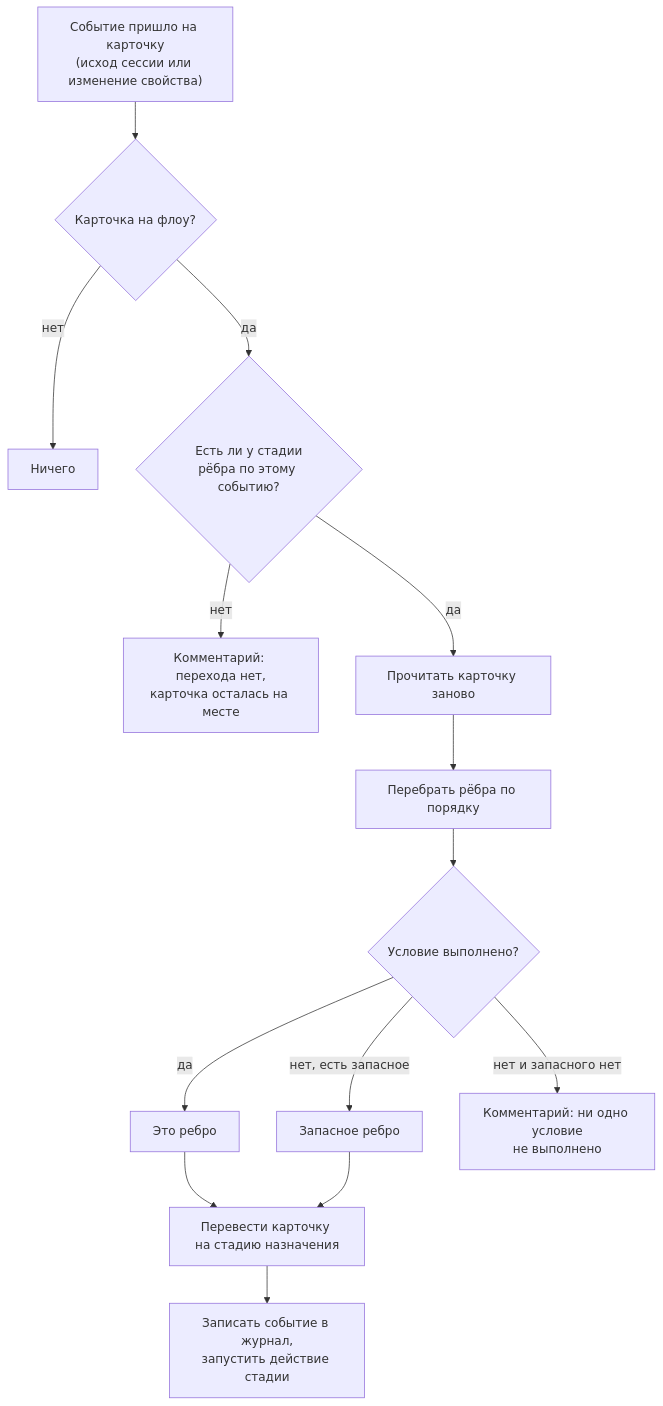
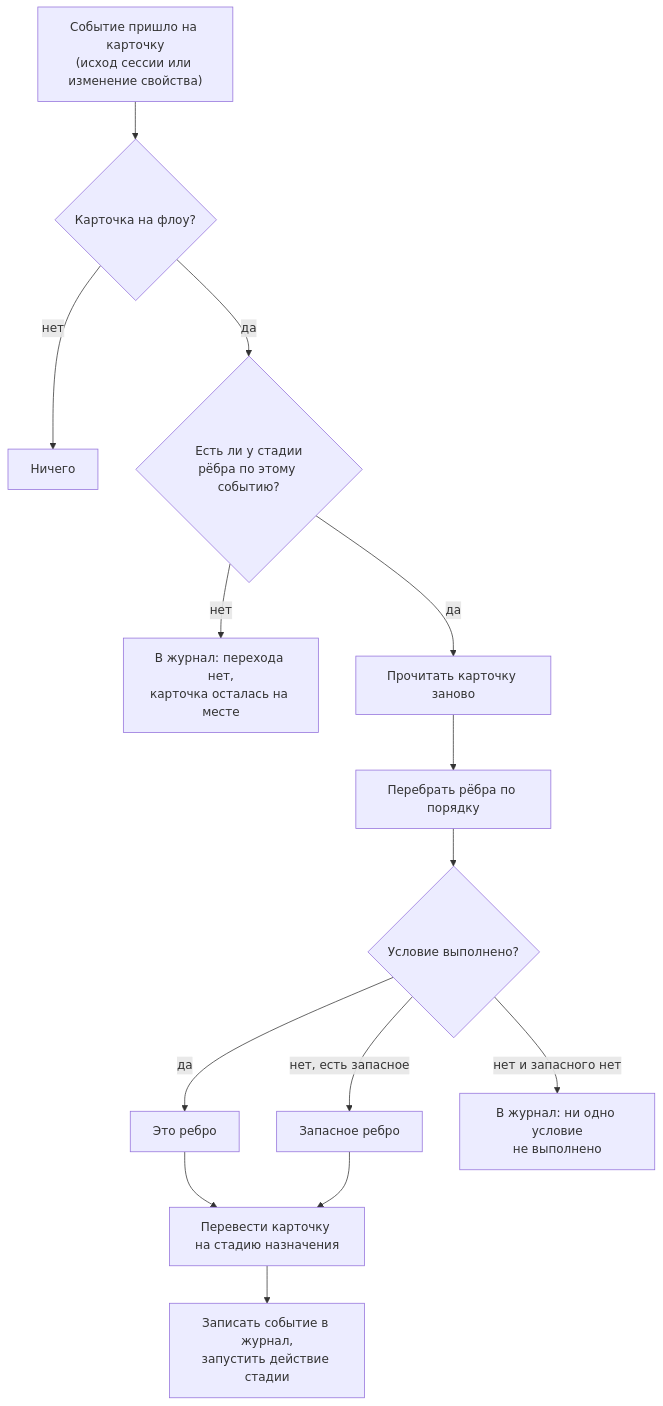
Before and after one commit to artipop/xxvi: the second of 3 diagrams in docs/system.md, drawn with Mermaid. The commit also changed other lines of this file and 3 other files, not shown here.

````diff
--- a/docs/system.md
+++ b/docs/system.md
@@ -321,16 +323,16 @@
 ```mermaid
 flowchart TD
     E["Событие пришло на карточку<br/>(исход сессии или изменение свойства)"] --> A{"Карточка на флоу?"}
     A -- нет --> Z["Ничего"]
     A -- да --> B{"Есть ли у стадии<br/>рёбра по этому событию?"}
-    B -- нет --> C["Комментарий: перехода нет,<br/>карточка осталась на месте"]
+    B -- нет --> C["В журнал: перехода нет,<br/>карточка осталась на месте"]
     B -- да --> D["Прочитать карточку заново"]
     D --> F["Перебрать рёбра по порядку"]
     F --> G{"Условие выполнено?"}
     G -- да --> H["Это ребро"]
     G -- нет, есть запасное --> I["Запасное ребро"]
-    G -- нет и запасного нет --> J["Комментарий: ни одно условие<br/>не выполнено"]
+    G -- нет и запасного нет --> J["В журнал: ни одно условие<br/>не выполнено"]
     H --> K["Перевести карточку на стадию назначения"]
     I --> K
     K --> L["Записать событие в журнал,<br/>запустить действие стадии"]
 ```
````
